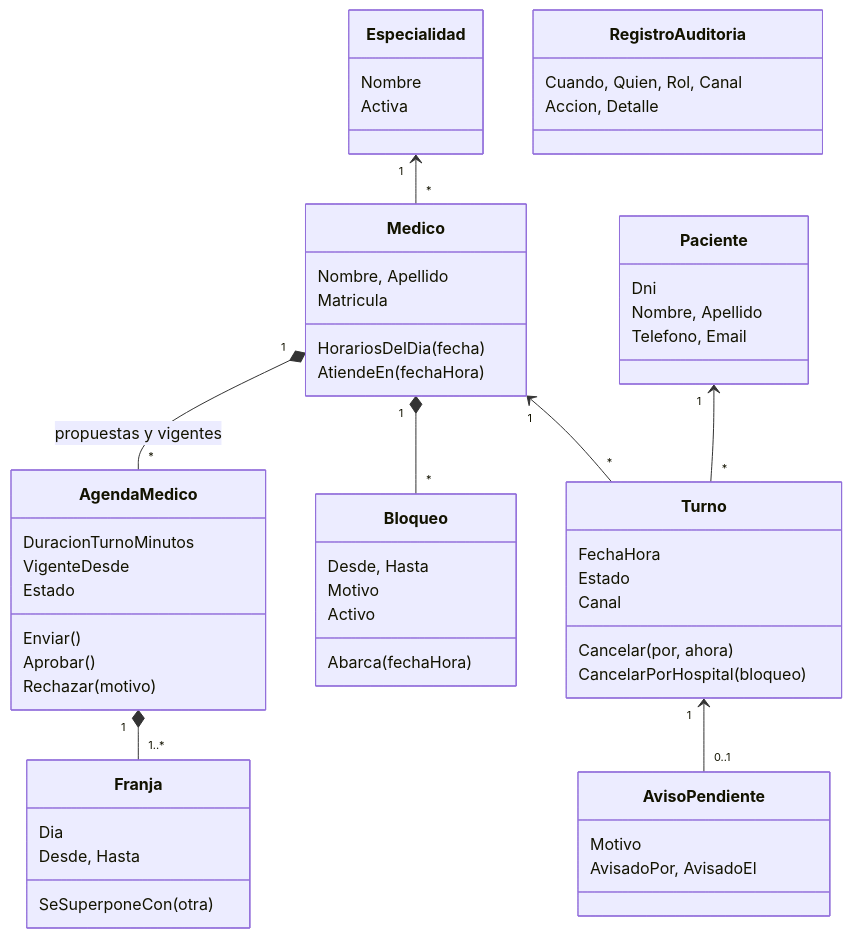
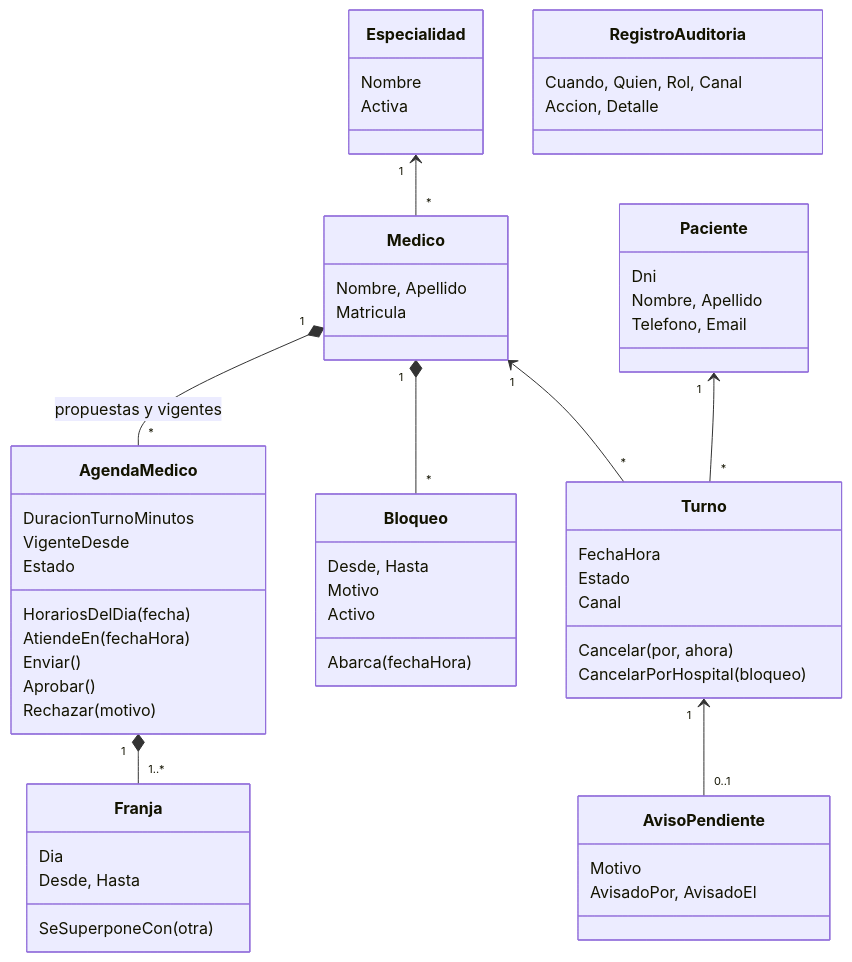
One commit to fernandobono/BMAD-Hospital changed the third of 5 diagrams in docs/04-arquitectura.md. Above: the diagram before and after it, drawn with Mermaid. The commit also changed other lines of this file and 12 other files, not shown here.

````diff
--- a/docs/04-arquitectura.md
+++ b/docs/04-arquitectura.md
@@ -105,60 +105,60 @@
 ```mermaid
 classDiagram
     class Especialidad {
         Nombre
         Activa
     }
     class Medico {
         Nombre, Apellido
         Matricula
-        HorariosDelDia(fecha)
-        AtiendeEn(fechaHora)
     }
     class AgendaMedico {
         DuracionTurnoMinutos
         VigenteDesde
         Estado
+        HorariosDelDia(fecha)
+        AtiendeEn(fechaHora)
         Enviar()
         Aprobar()
         Rechazar(motivo)
     }
     class Franja {
         Dia
         Desde, Hasta
         SeSuperponeCon(otra)
     }
     class Bloqueo {
         Desde, Hasta
         Motivo
         Activo
         Abarca(fechaHora)
     }
     class Paciente {
         Dni
         Nombre, Apellido
         Telefono, Email
     }
     class Turno {
         FechaHora
         Estado
         Canal
         Cancelar(por, ahora)
         CancelarPorHospital(bloqueo)
     }
     class AvisoPendiente {
         Motivo
         AvisadoPor, AvisadoEl
     }
     class RegistroAuditoria {
         Cuando, Quien, Rol, Canal
         Accion, Detalle
     }
 
     Especialidad "1" <-- "*" Medico
     Medico "1" *-- "*" AgendaMedico : propuestas y vigentes
     AgendaMedico "1" *-- "1..*" Franja
     Medico "1" *-- "*" Bloqueo
     Paciente "1" <-- "*" Turno
     Medico "1" <-- "*" Turno
     Turno "1" <-- "0..1" AvisoPendiente
 ```
````
